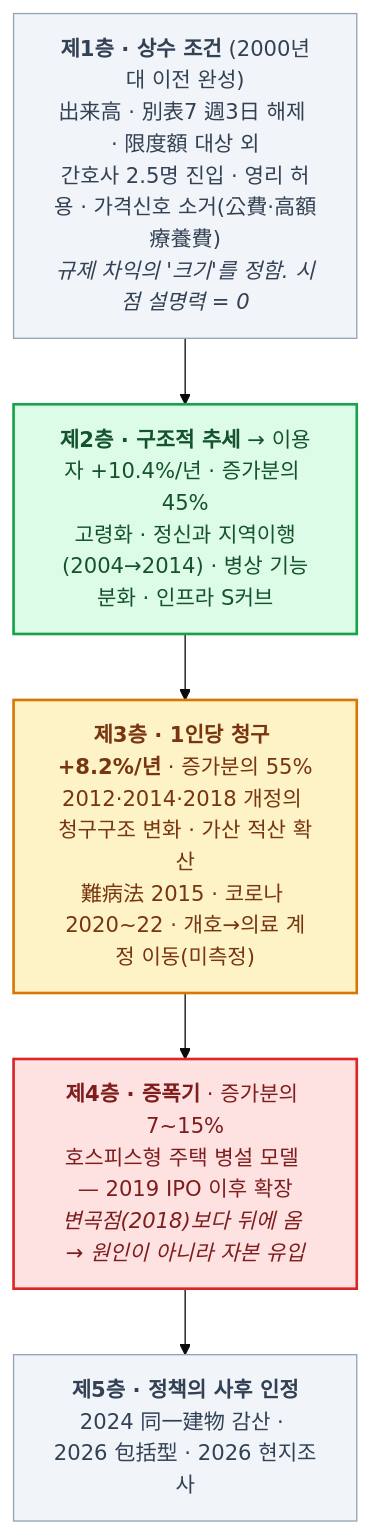
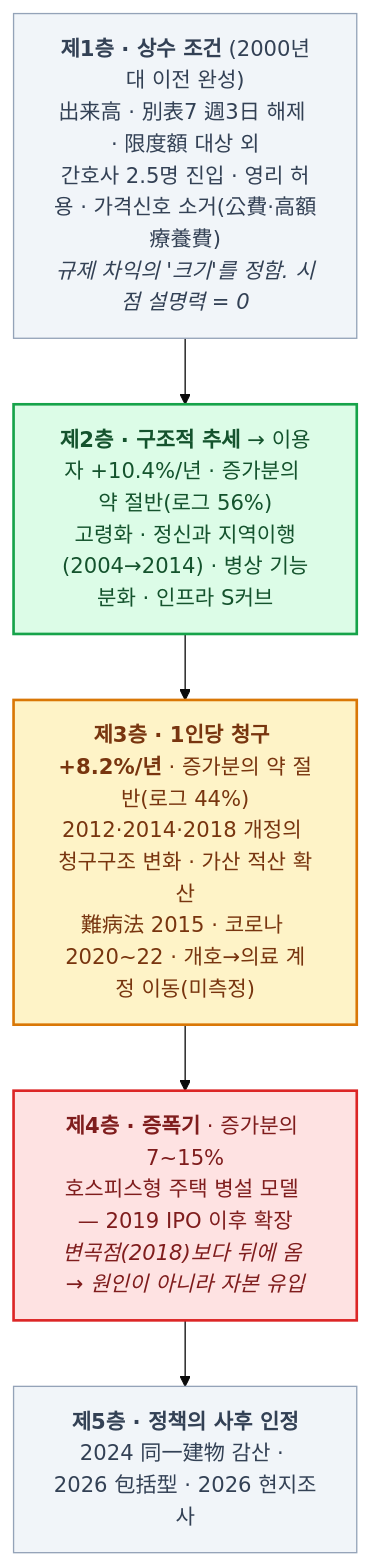
One commit to corn-cheese/personal_research changed the diagram in content/eWeLL_조사/6_방문간호는_왜_혼자_성장했는가.md. Above: the diagram before and after it, drawn with Mermaid (base theme). The commit also changed other lines of this file and 1 other file, not shown here.

````diff
--- a/content/eWeLL_조사/6_방문간호는_왜_혼자_성장했는가.md
+++ b/content/eWeLL_조사/6_방문간호는_왜_혼자_성장했는가.md
@@ -66,19 +68,19 @@
 ```mermaid
 flowchart TD
     L1["<b>제1층 · 상수 조건</b> (2000년대 이전 완성)<br/>出来高 · 別表7 週3日 해제 · 限度額 대상 외<br/>간호사 2.5명 진입 · 영리 허용 · 가격신호 소거(公費·高額療養費)<br/><i>규제 차익의 '크기'를 정함. 시점 설명력 = 0</i>"]
-    L2["<b>제2층 · 구조적 추세</b> → 이용자 +10.4%/년 · 증가분의 45%<br/>고령화 · 정신과 지역이행(2004→2014) · 병상 기능분화 · 인프라 S커브"]
-    L3["<b>제3층 · 1인당 청구 +8.2%/년</b> · 증가분의 55%<br/>2012·2014·2018 개정의 청구구조 변화 · 가산 적산 확산<br/>難病法 2015 · 코로나 2020~22 · 개호→의료 계정 이동(미측정)"]
+    L2["<b>제2층 · 구조적 추세</b> → 이용자 +10.4%/년 · 증가분의 약 절반(로그 56%)<br/>고령화 · 정신과 지역이행(2004→2014) · 병상 기능분화 · 인프라 S커브"]
+    L3["<b>제3층 · 1인당 청구 +8.2%/년</b> · 증가분의 약 절반(로그 44%)<br/>2012·2014·2018 개정의 청구구조 변화 · 가산 적산 확산<br/>難病法 2015 · 코로나 2020~22 · 개호→의료 계정 이동(미측정)"]
     L4["<b>제4층 · 증폭기</b> · 증가분의 7~15%<br/>호스피스형 주택 병설 모델 — 2019 IPO 이후 확장<br/><i>변곡점(2018)보다 뒤에 옴 → 원인이 아니라 자본 유입</i>"]
     L5["<b>제5층 · 정책의 사후 인정</b><br/>2024 同一建物 감산 · 2026 包括型 · 2026 현지조사"]
     L1 --> L2 --> L3 --> L4 --> L5
 
     classDef c fill:#f1f5f9,stroke:#94a3b8,color:#334155
     classDef g fill:#dcfce7,stroke:#16a34a,stroke-width:2px,color:#14532d
     classDef y fill:#fef3c7,stroke:#d97706,stroke-width:2px,color:#78350f
     classDef r fill:#fee2e2,stroke:#dc2626,stroke-width:2px,color:#7f1d1d
     class L1 c
     class L2 g
     class L3 y
     class L4 r
     class L5 c
 ```
````
